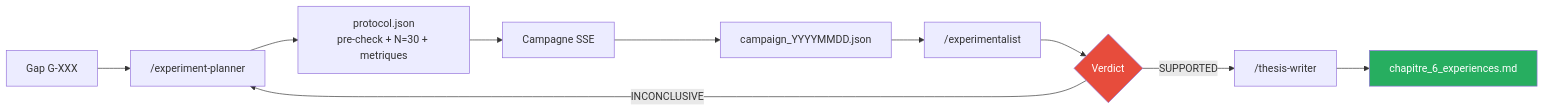
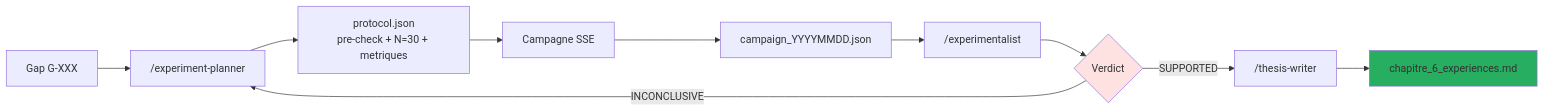
One commit to mo0ogly/llm_robot_medical changed the diagram in wiki/docs/experiments/index.md. Above: the diagram before and after it, drawn with Mermaid. The commit also changed 860 other files, not shown here.

````diff
--- a/wiki/docs/experiments/index.md
+++ b/wiki/docs/experiments/index.md
@@ -187,15 +187,15 @@
 ```mermaid
 flowchart LR
     GAP["Gap G-XXX"] --> PLANNER["/experiment-planner"]
     PLANNER --> PROTO["protocol.json<br/>pre-check + N=30 + metriques"]
     PROTO --> CAMP["Campagne SSE"]
     CAMP --> JSON["campaign_YYYYMMDD.json"]
     JSON --> ANALYST["/experimentalist"]
     ANALYST --> VERDICT{"Verdict"}
     VERDICT -->|"SUPPORTED"| WRITER["/thesis-writer"]
     VERDICT -->|"INCONCLUSIVE"| PLANNER
     WRITER --> CHAP["chapitre_6_experiences.md"]
 
-    style VERDICT fill:#e74c3c,color:#fff
-    style CHAP fill:#27ae60,color:#fff
+    style VERDICT fill:#fee2e2
+    style CHAP fill:#27ae60
 ```
````
